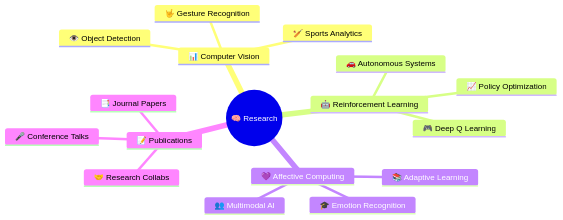
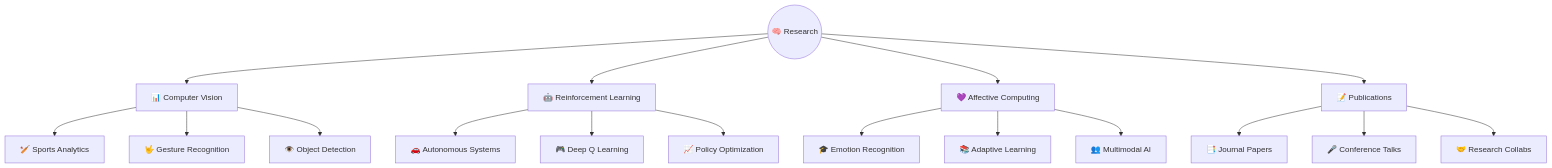
Before and after one commit to Lithigaj/Lithigaj: the diagram in README.md, drawn with Mermaid. The commit also changed other lines of this file, not shown here.

````diff
--- a/README.md
+++ b/README.md
@@ -157,20 +157,24 @@
 ```mermaid
-mindmap
-  root((🧠 Research))
-    📊 Computer Vision
-      🏏 Sports Analytics
-      🤟 Gesture Recognition
-      👁️ Object Detection
-    🤖 Reinforcement Learning
-      🚗 Autonomous Systems
-      🎮 Deep Q Learning
-      📈 Policy Optimization
-    💜 Affective Computing
-      🎓 Emotion Recognition
-      📚 Adaptive Learning
-      👥 Multimodal AI
-    📝 Publications
-      📑 Journal Papers
-      🎤 Conference Talks
-      🤝 Research Collabs
+flowchart TD
+    R((🧠 Research))
+
+    R --> CV[📊 Computer Vision]
+    CV --> SA[🏏 Sports Analytics]
+    CV --> GR[🤟 Gesture Recognition]
+    CV --> OD[👁️ Object Detection]
+
+    R --> RL[🤖 Reinforcement Learning]
+    RL --> AS[🚗 Autonomous Systems]
+    RL --> DQL[🎮 Deep Q Learning]
+    RL --> PO[📈 Policy Optimization]
+
+    R --> AC[💜 Affective Computing]
+    AC --> ER[🎓 Emotion Recognition]
+    AC --> AL[📚 Adaptive Learning]
+    AC --> MAI[👥 Multimodal AI]
+
+    R --> PUB[📝 Publications]
+    PUB --> JP[📑 Journal Papers]
+    PUB --> CT[🎤 Conference Talks]
+    PUB --> RC[🤝 Research Collabs]
 ```
````
